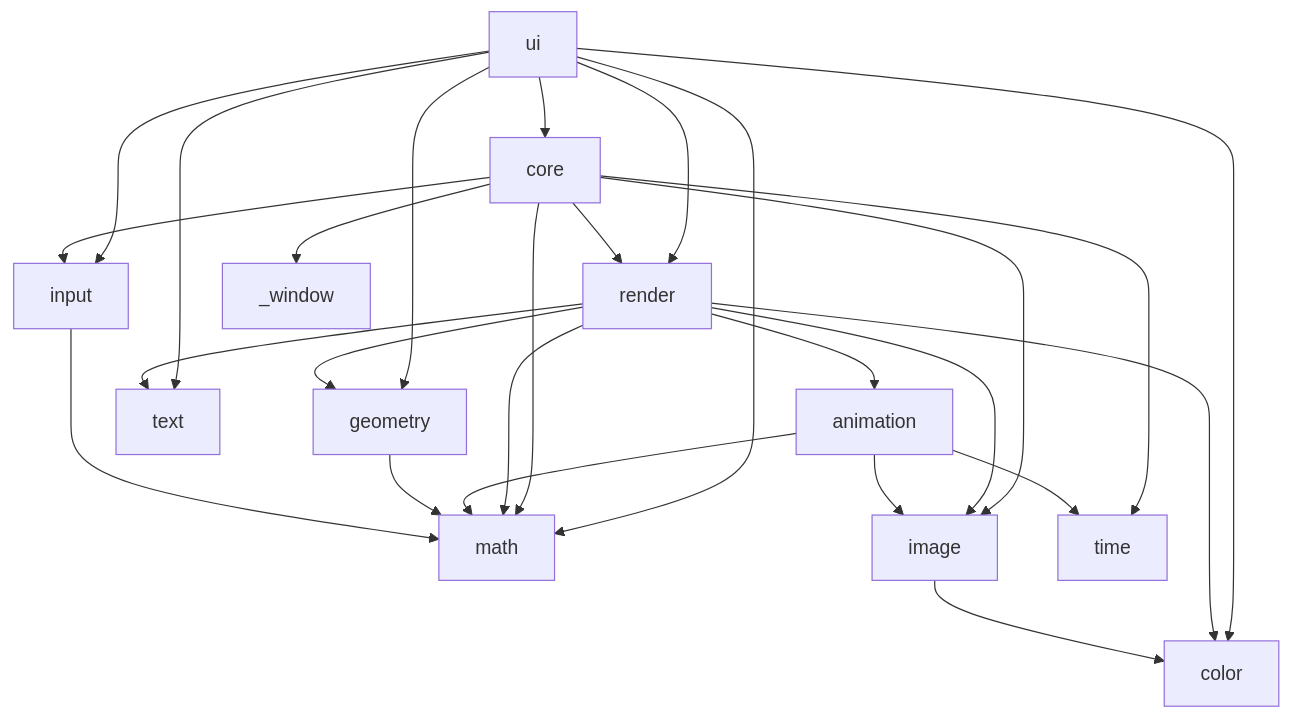
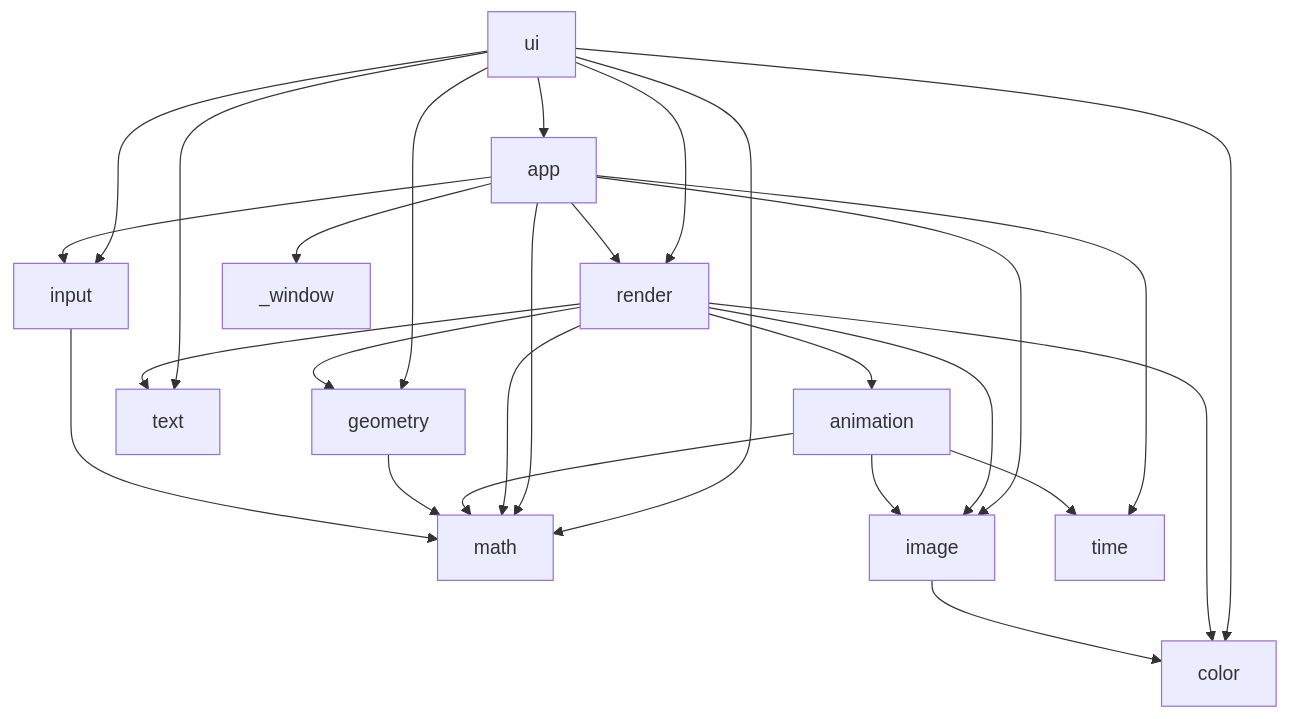
The second of 2 diagrams in ARCHITECTURE.md (create-framework/create), drawn with Mermaid before and after one commit. The commit also changed other lines of this file and 94 other files, not shown here.

First line of the commit message:
refactor!: Rename core to app and move _window into it

````diff
--- a/ARCHITECTURE.md
+++ b/ARCHITECTURE.md
@@ -89,28 +89,28 @@
 ```mermaid
 flowchart TD
-    ui --> core
+    ui --> app
     ui --> render
     ui --> geometry
     ui --> color
     ui --> text
     ui --> input
     ui --> math
-    core --> _window
-    core --> math
-    core --> render
-    core --> image
-    core --> input
-    core --> time
+    app --> _window
+    app --> math
+    app --> render
+    app --> image
+    app --> input
+    app --> time
     render --> math
     render --> text
     render --> geometry
     render --> color
     render --> image
     render --> animation
     animation --> image
     animation --> math
     animation --> time
     geometry --> math
     image --> color
     input --> math
 ```
````
